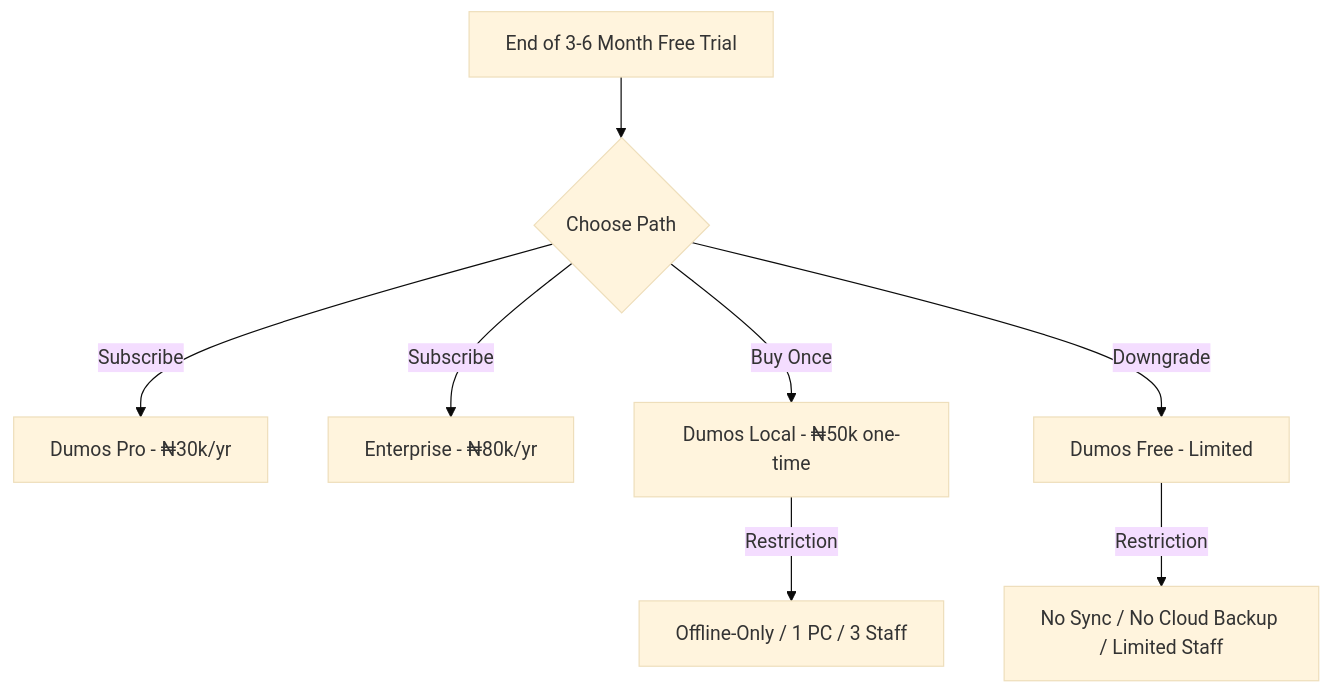
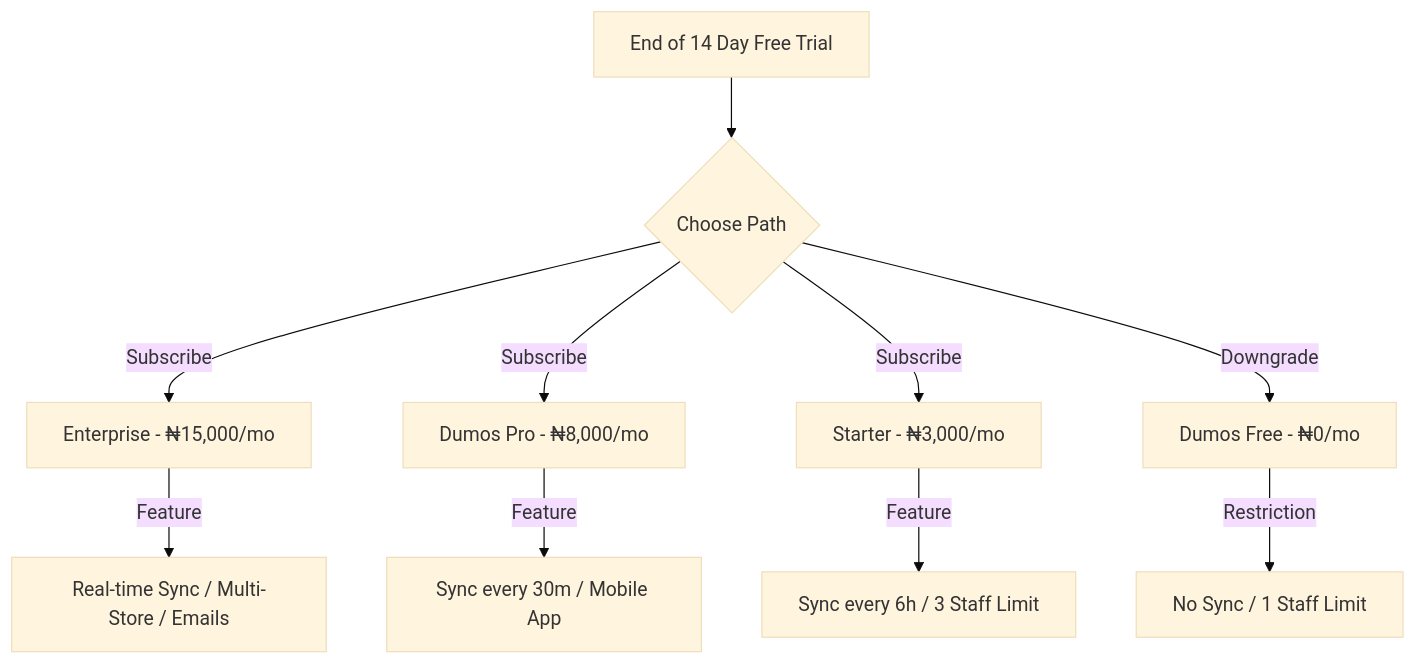
One commit to Pikarestiv/DumosRx changed the diagram in docs/GTM_STRATEGY.md. Above: the diagram before and after it, drawn with Mermaid (base theme). The commit also changed other lines of this file and 2 other files, not shown here.

Commit message:
docs: archive v1.0 features, update GTM strategy, and transition to a 14-day subscription model

````diff
--- a/docs/GTM_STRATEGY.md
+++ b/docs/GTM_STRATEGY.md
@@ -19,11 +19,13 @@
 ```mermaid
 graph TD
-    A[End of 3-6 Month Free Trial] --> B{Choose Path}
-    B -->|Subscribe| C[Dumos Pro - ₦30k/yr]
-    B -->|Subscribe| D[Enterprise - ₦80k/yr]
-    B -->|Buy Once| E[Dumos Local - ₦50k one-time]
-    B -->|Downgrade| F[Dumos Free - Limited]
+    A[End of 14 Day Free Trial] --> B{Choose Path}
+    B -->|Subscribe| C[Enterprise - ₦15,000/mo]
+    B -->|Subscribe| D[Dumos Pro - ₦8,000/mo]
+    B -->|Subscribe| E[Starter - ₦3,000/mo]
+    B -->|Downgrade| F[Dumos Free - ₦0/mo]
     
-    E -->|Restriction| E1[Offline-Only / 1 PC / 3 Staff]
-    F -->|Restriction| F1[No Sync / No Cloud Backup / Limited Staff]
+    C -->|Feature| C1[Real-time Sync / Multi-Store / Emails]
+    D -->|Feature| D1[Sync every 30m / Mobile App]
+    E -->|Feature| E1[Sync every 6h / 3 Staff Limit]
+    F -->|Restriction| F1[No Sync / 1 Staff Limit]
 ```
````
